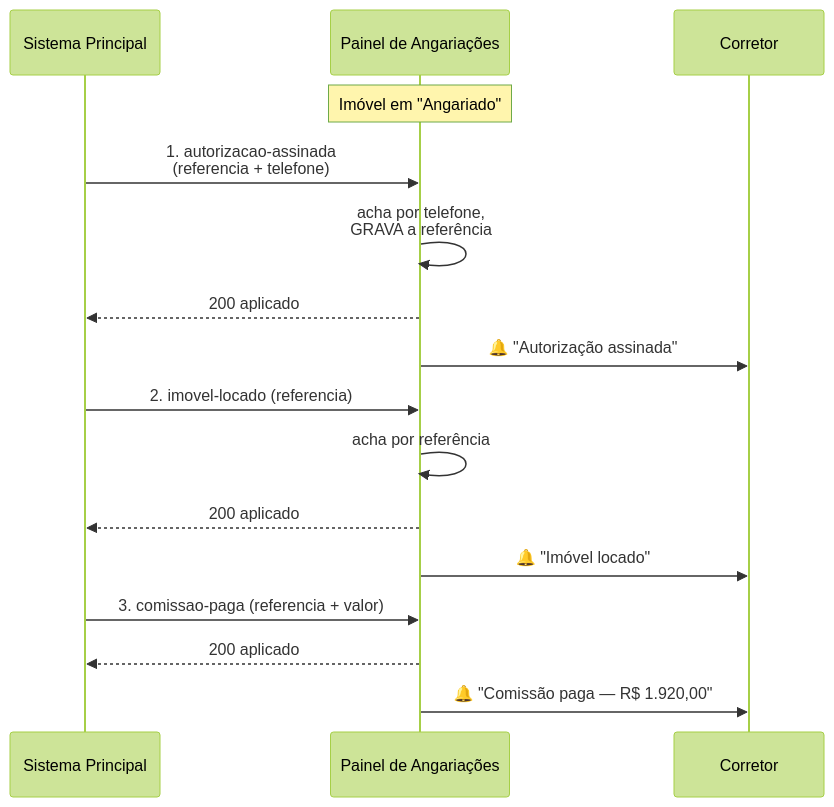
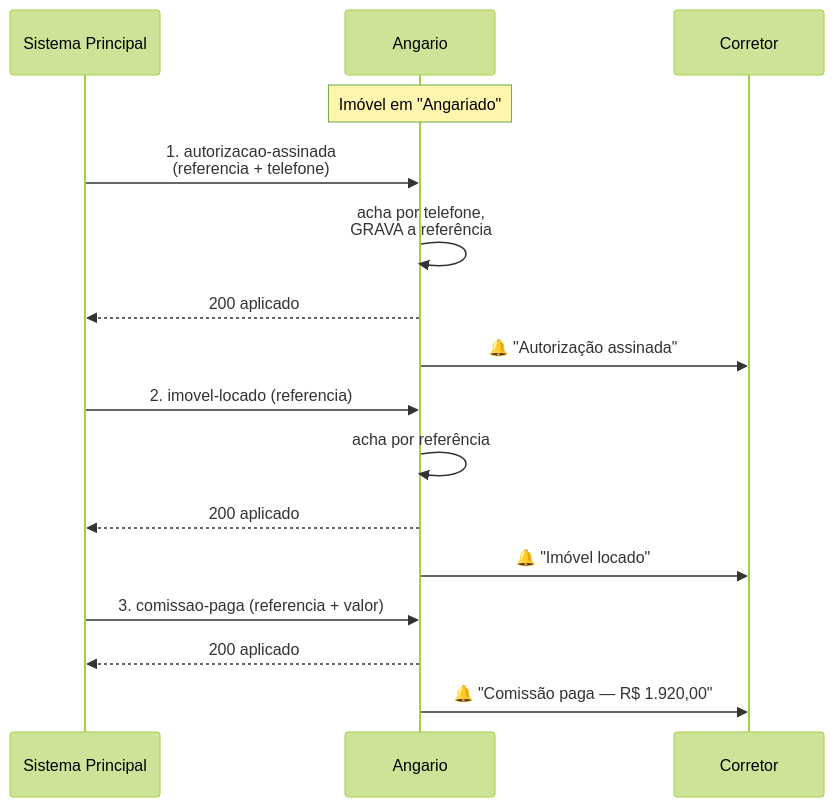
Before and after one commit to Joaovit77/Angariacao: the second of 2 diagrams in INTEGRACAO_SOPHIA.md, drawn with Mermaid (forest theme). The commit also changed other lines of this file and 34 other files, not shown here.

````diff
--- a/INTEGRACAO_SOPHIA.md
+++ b/INTEGRACAO_SOPHIA.md
@@ -450,21 +450,21 @@
 ```mermaid
 sequenceDiagram
     participant S as Sistema Principal
-    participant P as Painel de Angariações
+    participant P as Angario
     participant C as Corretor
 
     Note over P: Imóvel em "Angariado"
     S->>P: 1. autorizacao-assinada<br/>(referencia + telefone)
     P->>P: acha por telefone,<br/>GRAVA a referência
     P-->>S: 200 aplicado
     P->>C: 🔔 "Autorização assinada"
 
     S->>P: 2. imovel-locado (referencia)
     P->>P: acha por referência
     P-->>S: 200 aplicado
     P->>C: 🔔 "Imóvel locado"
 
     S->>P: 3. comissao-paga (referencia + valor)
     P-->>S: 200 aplicado
     P->>C: 🔔 "Comissão paga — R$ 1.920,00"
 ```
````
